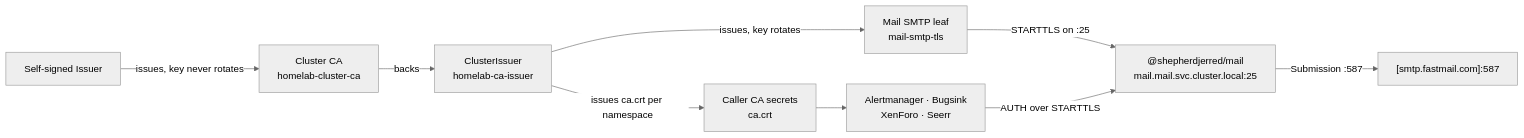
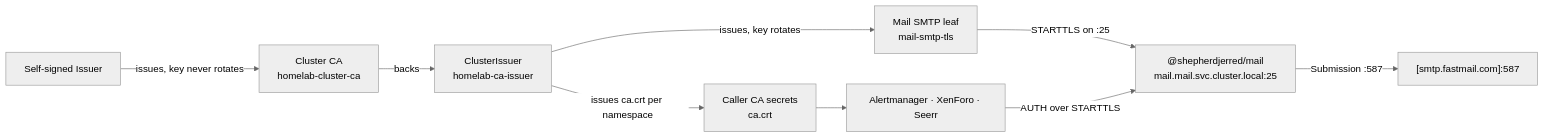
One commit to shepherdjerred/monorepo changed the diagram in packages/docs/wiki/src/content/docs/explanation/homelab/mail-smtp-tls.md. Above: the diagram before and after it, drawn with Mermaid (neutral theme). The commit also changed other lines of this file and 96 other files, not shown here.

````diff
--- a/packages/docs/wiki/src/content/docs/explanation/homelab/mail-smtp-tls.md
+++ b/packages/docs/wiki/src/content/docs/explanation/homelab/mail-smtp-tls.md
@@ -31,14 +31,14 @@
 ```mermaid
 flowchart LR
   accTitle: Mail SMTP certificate issuance and trust
-  accDescr: A self-signed Issuer in cert-manager issues the non-rotating homelab-cluster-ca. ClusterIssuer homelab-ca-issuer signs the rotating mail-smtp-tls leaf presented by Mail on port 25 STARTTLS and distributes ca.crt to Alertmanager, Bugsink, XenForo, and Seerr across their namespaces before Mail relays outbound over smtp.fastmail.com:587.
+  accDescr: A self-signed Issuer in cert-manager issues the non-rotating homelab-cluster-ca. ClusterIssuer homelab-ca-issuer signs the rotating mail-smtp-tls leaf presented by Mail on port 25 STARTTLS and distributes ca.crt to Alertmanager, XenForo, and Seerr across their namespaces before Mail relays outbound over smtp.fastmail.com:587.
 
   SS[Self-signed Issuer] -->|issues, key never rotates| CA["Cluster CA<br/>homelab-cluster-ca"]
   CA -->|backs| CI["ClusterIssuer<br/>homelab-ca-issuer"]
   CI -->|issues, key rotates| LEAF["Mail SMTP leaf<br/>mail-smtp-tls"]
   CI -->|issues ca.crt per namespace| TRUST["Caller CA secrets<br/>ca.crt"]
   LEAF -->|"STARTTLS on :25"| MAIL["@shepherdjerred/mail<br/>mail.mail.svc.cluster.local:25"]
-  TRUST --> CALLERS["Alertmanager · Bugsink<br/>XenForo · Seerr"]
+  TRUST --> CALLERS["Alertmanager · XenForo · Seerr"]
   CALLERS -->|"AUTH over STARTTLS"| MAIL
   MAIL -->|"Submission :587"| FM["[smtp.fastmail.com]:587"]
 ```
````
